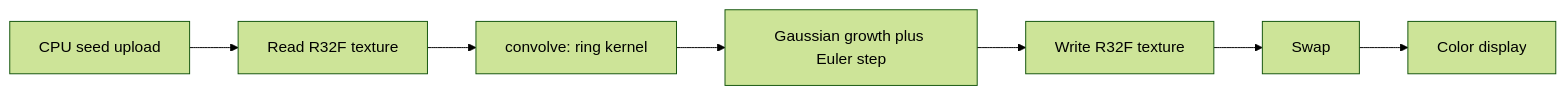
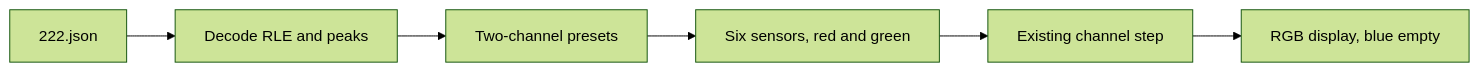
Before and after one commit to bolinocroustibat/lenia: the diagram in PLAN.md, drawn with Mermaid (forest theme). The commit also changed other lines of this file and 11 other files, not shown here.

````diff
--- a/PLAN.md
+++ b/PLAN.md
@@ -13,9 +11,8 @@
 ```mermaid
 flowchart LR
-  seed[CPU seed upload] --> readTex[Read R32F texture]
-  readTex --> conv["convolve: ring kernel"]
-  conv --> growth[Gaussian growth plus Euler step]
-  growth --> writeTex[Write R32F texture]
-  writeTex --> swap[Swap]
-  swap --> display[Color display]
+  json["222.json"] --> decode[Decode RLE and peaks]
+  decode --> presets[Two-channel presets]
+  presets --> rule[Six sensors, red and green]
+  rule --> step[Existing channel step]
+  step --> rgb[RGB display, blue empty]
 ```
````
